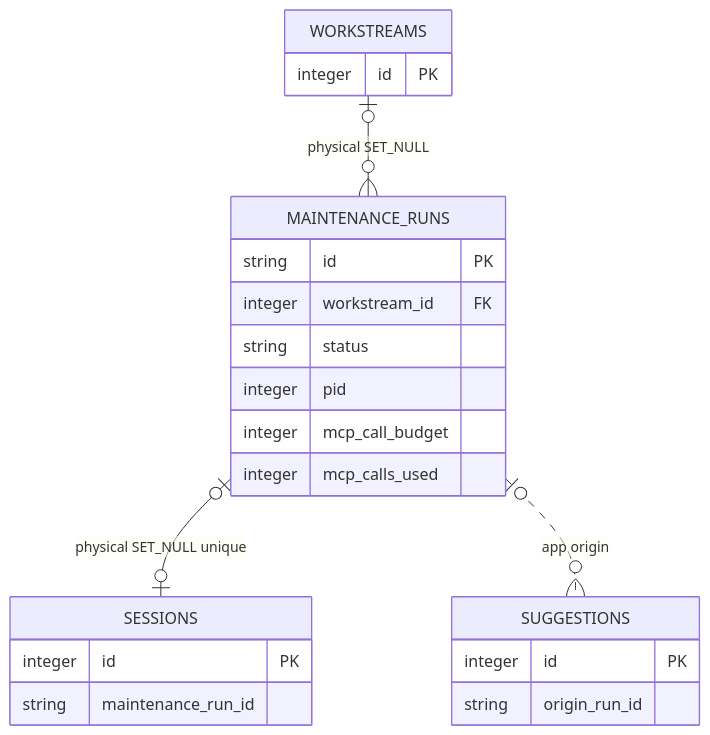
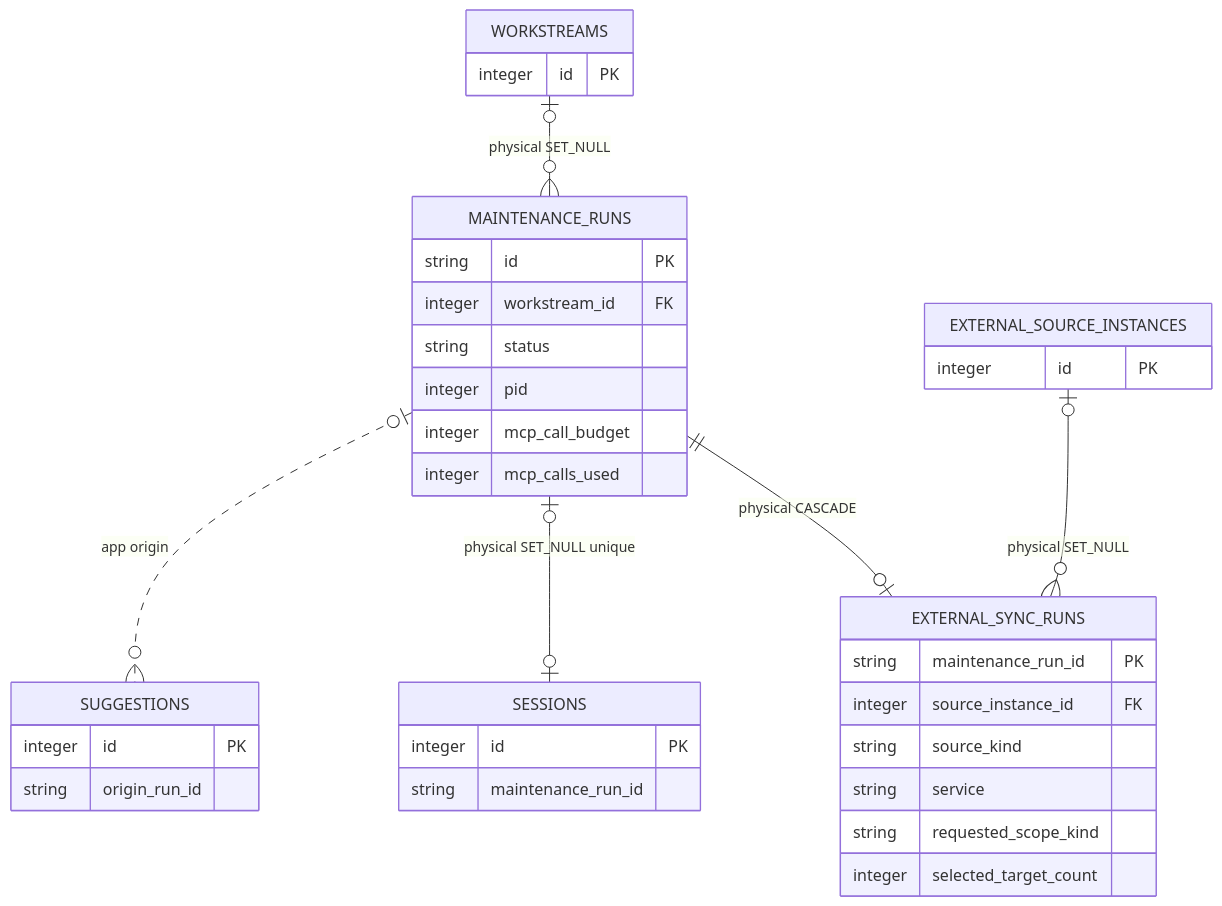
The diagram in docs/policies/project/data-model/maintenance-execution.md (chochita0311/local-brain), drawn with Mermaid before and after one commit. The commit also changed other lines of this file and 128 other files, not shown here.

Commit message:
feat: add Atlassian source memory and schema zoom

````diff
--- a/docs/policies/project/data-model/maintenance-execution.md
+++ b/docs/policies/project/data-model/maintenance-execution.md
@@ -9,18 +9,29 @@
 ```mermaid
 erDiagram
     WORKSTREAMS { integer id PK }
     MAINTENANCE_RUNS {
         string id PK
         integer workstream_id FK
         string status
         integer pid
         integer mcp_call_budget
         integer mcp_calls_used
     }
+    EXTERNAL_SYNC_RUNS {
+        string maintenance_run_id PK
+        integer source_instance_id FK
+        string source_kind
+        string service
+        string requested_scope_kind
+        integer selected_target_count
+    }
+    EXTERNAL_SOURCE_INSTANCES { integer id PK }
     SESSIONS { integer id PK string maintenance_run_id }
     SUGGESTIONS { integer id PK string origin_run_id }
 
     WORKSTREAMS o|--o{ MAINTENANCE_RUNS : "physical SET_NULL"
+    MAINTENANCE_RUNS ||--o| EXTERNAL_SYNC_RUNS : "physical CASCADE"
+    EXTERNAL_SOURCE_INSTANCES o|--o{ EXTERNAL_SYNC_RUNS : "physical SET_NULL"
     MAINTENANCE_RUNS o|--o| SESSIONS : "physical SET_NULL unique"
     MAINTENANCE_RUNS o|..o{ SUGGESTIONS : "app origin"
 ```
````
